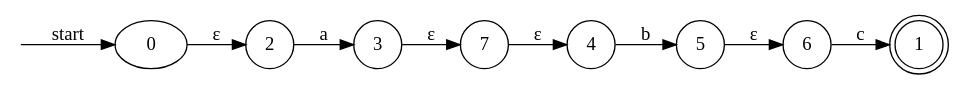
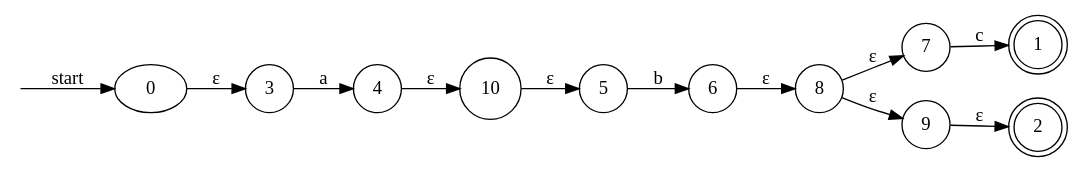
The diagram in project/Automata/SimpleRegex.dot (jonathanvdc/Automata), drawn with Graphviz before and after one commit. The commit also changed 3 other files, not shown here.

```diff
--- a/project/Automata/SimpleRegex.dot
+++ b/project/Automata/SimpleRegex.dot
@@ -1,14 +1,17 @@
 digraph enfa {
     rankdir = LR;
     __start [style = invis, shape = point];
     __start -> "0" [ label = "start" ];
-    node [shape = doublecircle]; "1"
+    node [shape = doublecircle]; "1" "2"
     node [shape = circle];
-    "2" -> "3" [ label = "a" ];
-    "7" -> "4" [ label = "&epsilon;" ];
-    "4" -> "5" [ label = "b" ];
-    "6" -> "1" [ label = "c" ];
-    "3" -> "7" [ label = "&epsilon;" ];
-    "0" -> "2" [ label = "&epsilon;" ];
-    "5" -> "6" [ label = "&epsilon;" ];
+    "3" -> "4" [ label = "a" ];
+    "5" -> "6" [ label = "b" ];
+    "7" -> "1" [ label = "c" ];
+    "10" -> "5" [ label = "&epsilon;" ];
+    "9" -> "2" [ label = "&epsilon;" ];
+    "6" -> "8" [ label = "&epsilon;" ];
+    "8" -> "7" [ label = "&epsilon;" ];
+    "8" -> "9" [ label = "&epsilon;" ];
+    "0" -> "3" [ label = "&epsilon;" ];
+    "4" -> "10" [ label = "&epsilon;" ];
 }
```
